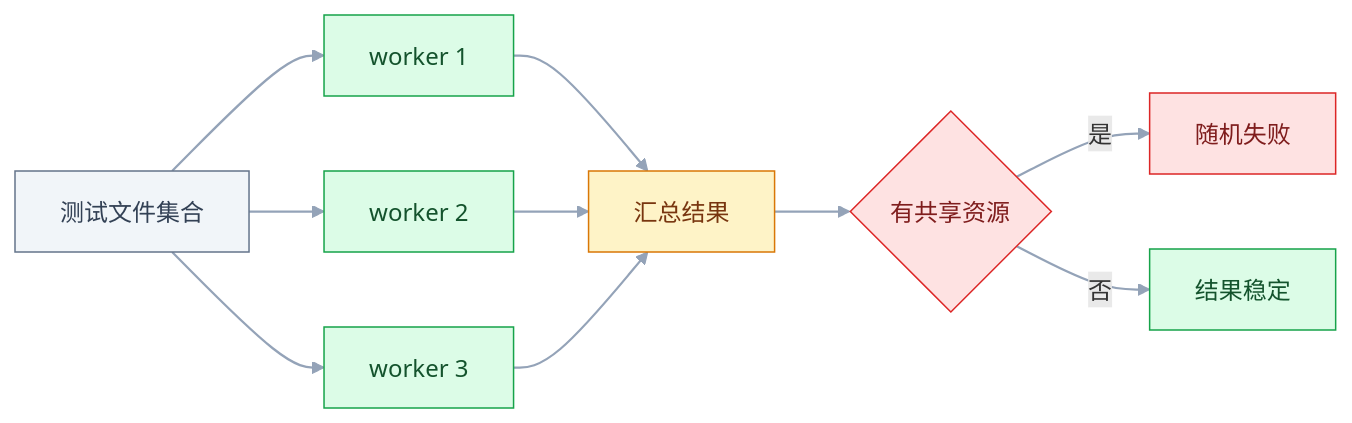
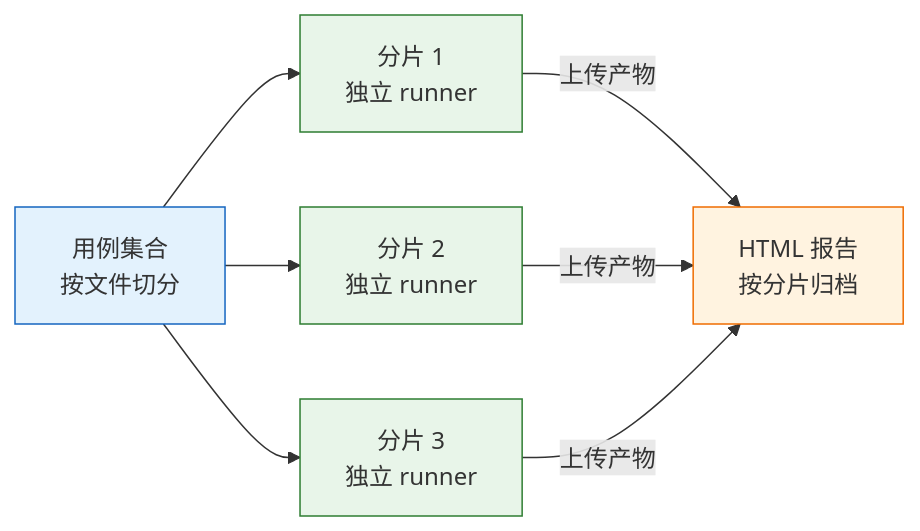
Before and after one commit to jimbosuper/studynotes: the third of 3 diagrams in blog/src/notes/06-测试/03-接口与E2E测试/02-E2E测试.md, drawn with Mermaid. The commit also changed other lines of this file and 367 other files, not shown here.

````diff
--- a/blog/src/notes/06-测试/03-接口与E2E测试/02-E2E测试.md
+++ b/blog/src/notes/06-测试/03-接口与E2E测试/02-E2E测试.md
@@ -686,18 +603,15 @@
 ```mermaid
 flowchart LR
-    classDef service fill:#DCFCE7,stroke:#16A34A,color:#14532D
-    classDef data fill:#FEF3C7,stroke:#D97706,color:#78350F
-    classDef danger fill:#FEE2E2,stroke:#DC2626,color:#7F1D1D
-    classDef normal fill:#F1F5F9,stroke:#64748B,color:#334155
-
-    T["测试文件集合"]:::normal --> W1["worker 1"]:::service
-    T --> W2["worker 2"]:::service
-    T --> W3["worker 3"]:::service
-    W1 --> R["汇总结果"]:::data
-    W2 --> R
-    W3 --> R
-    R --> F{"有共享资源"}:::danger
-    F -->|"是"| X["随机失败"]:::danger
-    F -->|"否"| OK["结果稳定"]:::service
-    linkStyle default stroke:#94A3B8,stroke-width:1.5px
+    S["用例集合<br/>按文件切分"] --> A["分片 1<br/>独立 runner"]
+    S --> B["分片 2<br/>独立 runner"]
+    S --> C["分片 3<br/>独立 runner"]
+    A -->|"上传产物"| R["HTML 报告<br/>按分片归档"]
+    B -->|"上传产物"| R
+    C -->|"上传产物"| R
+    classDef client fill:#e3f2fd,stroke:#1565c0;
+    classDef engine fill:#e8f5e9,stroke:#2e7d32;
+    classDef image fill:#fff3e0,stroke:#ef6c00;
+    class S client
+    class A,B,C engine
+    class R image
 ```
````
